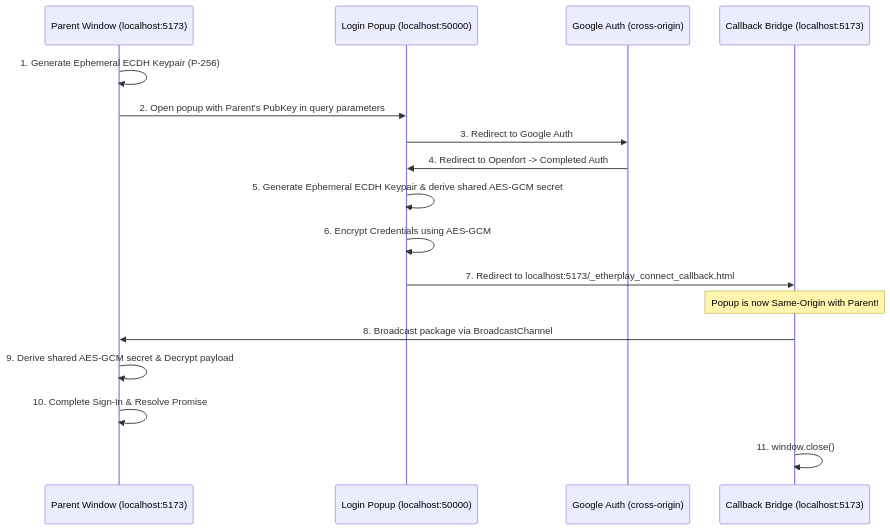
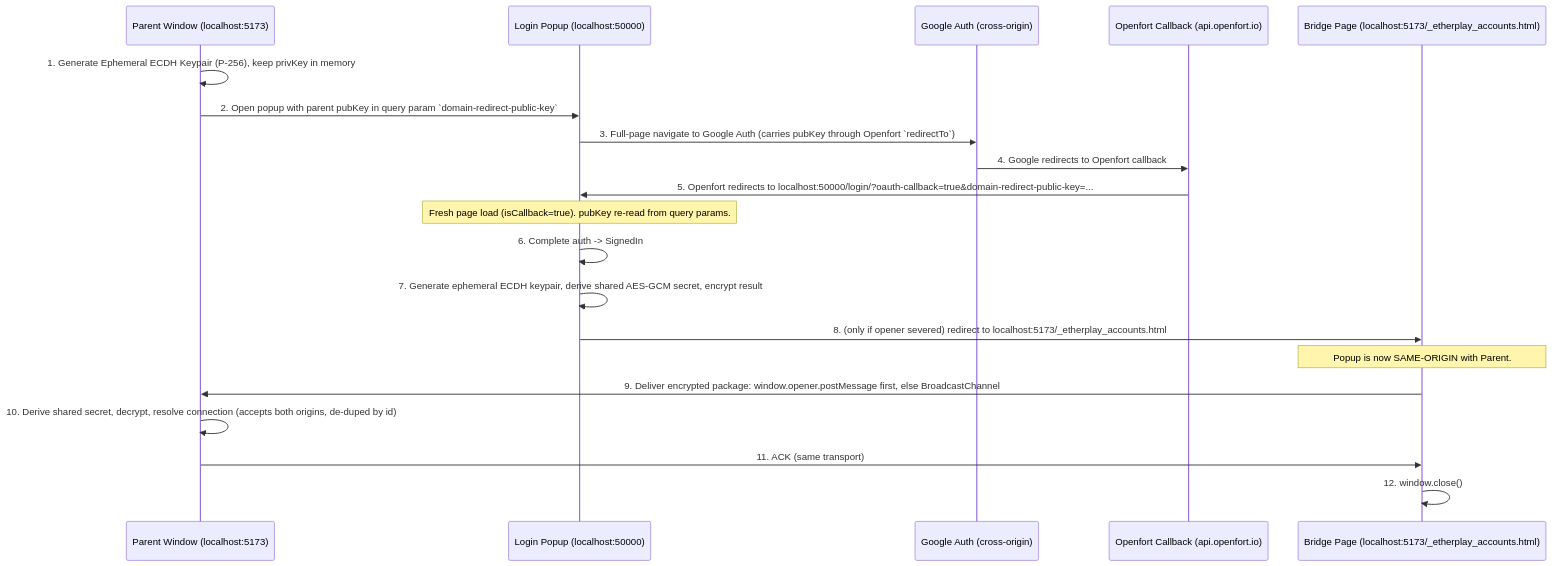
One commit to wighawag/etherplay-connect changed the diagram in plans/same-origin-callback-bridge.md. Above: the diagram before and after it, drawn with Mermaid. The commit also changed other lines of this file, not shown here.

````diff
--- a/plans/same-origin-callback-bridge.md
+++ b/plans/same-origin-callback-bridge.md
@@ -31,20 +46,23 @@
 ```mermaid
 sequenceDiagram
     participant Parent as Parent Window (localhost:5173)
     participant Popup as Login Popup (localhost:50000)
     participant Google as Google Auth (cross-origin)
-    participant Callback as Callback Bridge (localhost:5173)
+    participant Provider as Openfort Callback (api.openfort.io)
+    participant Bridge as Bridge Page (localhost:5173/_etherplay_accounts.html)
 
-    Parent->>Parent: 1. Generate Ephemeral ECDH Keypair (P-256)
-    Parent->>Popup: 2. Open popup with Parent's PubKey in query parameters
-    Popup->>Google: 3. Redirect to Google Auth
-    Google->>Popup: 4. Redirect to Openfort -> Completed Auth
-    Popup->>Popup: 5. Generate Ephemeral ECDH Keypair & derive shared AES-GCM secret
-    Popup->>Popup: 6. Encrypt Credentials using AES-GCM
-    Popup->>Callback: 7. Redirect to localhost:5173/_etherplay_connect_callback.html#data=EncryptedData&iv=IV&pubKey=PopupPubKey
-    Note over Callback: Popup is now Same-Origin with Parent!
-    Callback->>Parent: 8. Broadcast package via BroadcastChannel
-    Parent->>Parent: 9. Derive shared AES-GCM secret & Decrypt payload
-    Parent->>Parent: 10. Complete Sign-In & Resolve Promise
-    Callback->>Callback: 11. window.close()
+    Parent->>Parent: 1. Generate Ephemeral ECDH Keypair (P-256), keep privKey in memory
+    Parent->>Popup: 2. Open popup with parent pubKey in query param `domain-redirect-public-key`
+    Popup->>Google: 3. Full-page navigate to Google Auth (carries pubKey through Openfort `redirectTo`)
+    Google->>Provider: 4. Google redirects to Openfort callback
+    Provider->>Popup: 5. Openfort redirects to localhost:50000/login/?oauth-callback=true&domain-redirect-public-key=...
+    Note over Popup: Fresh page load (isCallback=true). pubKey re-read from query params.
+    Popup->>Popup: 6. Complete auth -> SignedIn
+    Popup->>Popup: 7. Generate ephemeral ECDH keypair, derive shared AES-GCM secret, encrypt result
+    Popup->>Bridge: 8. (only if opener severed) redirect to localhost:5173/_etherplay_accounts.html#data=..&iv=..&pubKey=..&id=..
+    Note over Bridge: Popup is now SAME-ORIGIN with Parent.
+    Bridge->>Parent: 9. Deliver encrypted package: window.opener.postMessage first, else BroadcastChannel
+    Parent->>Parent: 10. Derive shared secret, decrypt, resolve connection (accepts both origins, de-duped by id)
+    Parent->>Bridge: 11. ACK (same transport)
+    Bridge->>Bridge: 12. window.close()
 ```
````
